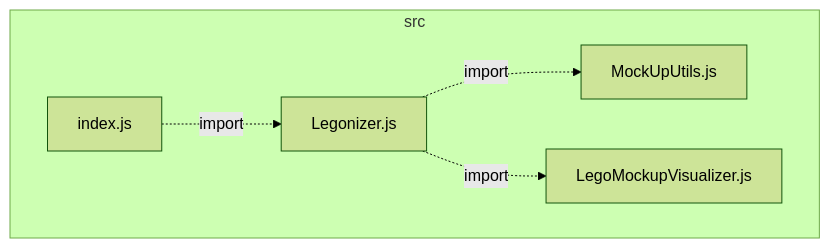
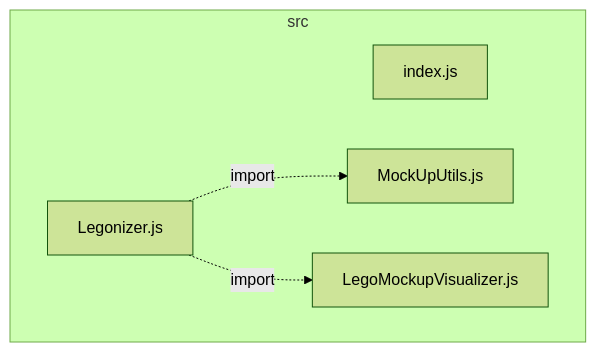
Before and after one commit to VCityTeam/UD-Viz: the diagram in packages/widget_legonizer/architecture.md, drawn with Mermaid (forest theme). The commit also changed 9 other files, not shown here.

````diff
--- a/packages/widget_legonizer/architecture.md
+++ b/packages/widget_legonizer/architecture.md
@@ -1,12 +1,11 @@
 ```mermaid
 flowchart
  subgraph IDsrc["src"]
   IDsrcIndex2ejs["index.js"]
   IDsrcLegoMockupVisualizer2ejs["LegoMockupVisualizer.js"]
   IDsrcLegonizer2ejs["Legonizer.js"]
   IDsrcMockUpUtils2ejs["MockUpUtils.js"]
  end
-IDsrcIndex2ejs-.->|import|IDsrcLegonizer2ejs
 IDsrcLegonizer2ejs-.->|import|IDsrcMockUpUtils2ejs
 IDsrcLegonizer2ejs-.->|import|IDsrcLegoMockupVisualizer2ejs
 ```
````
